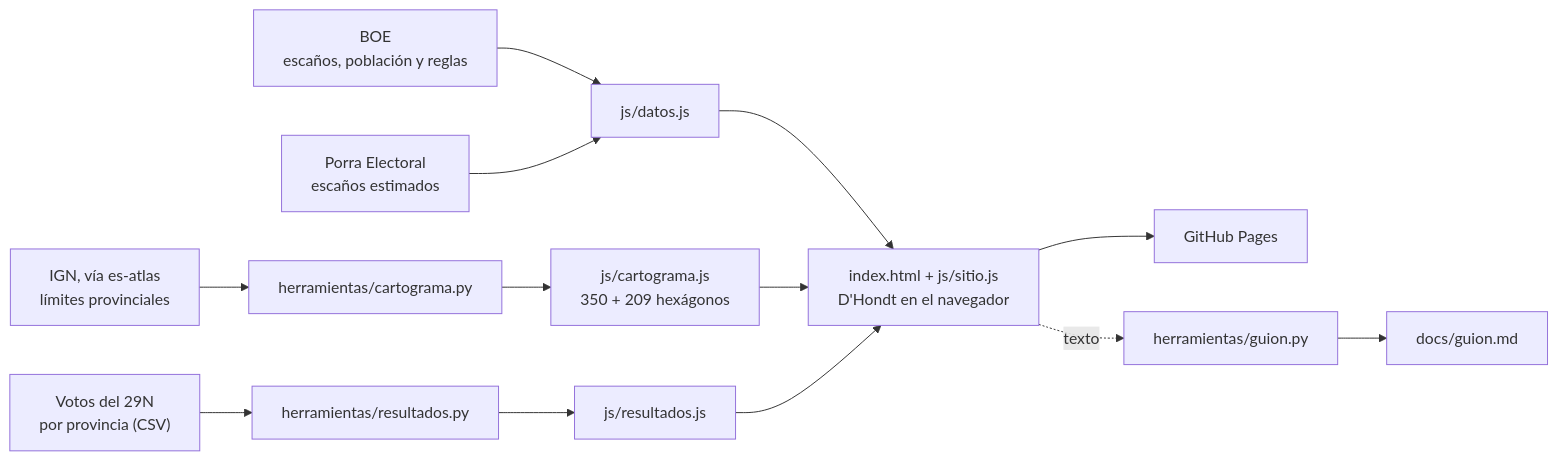
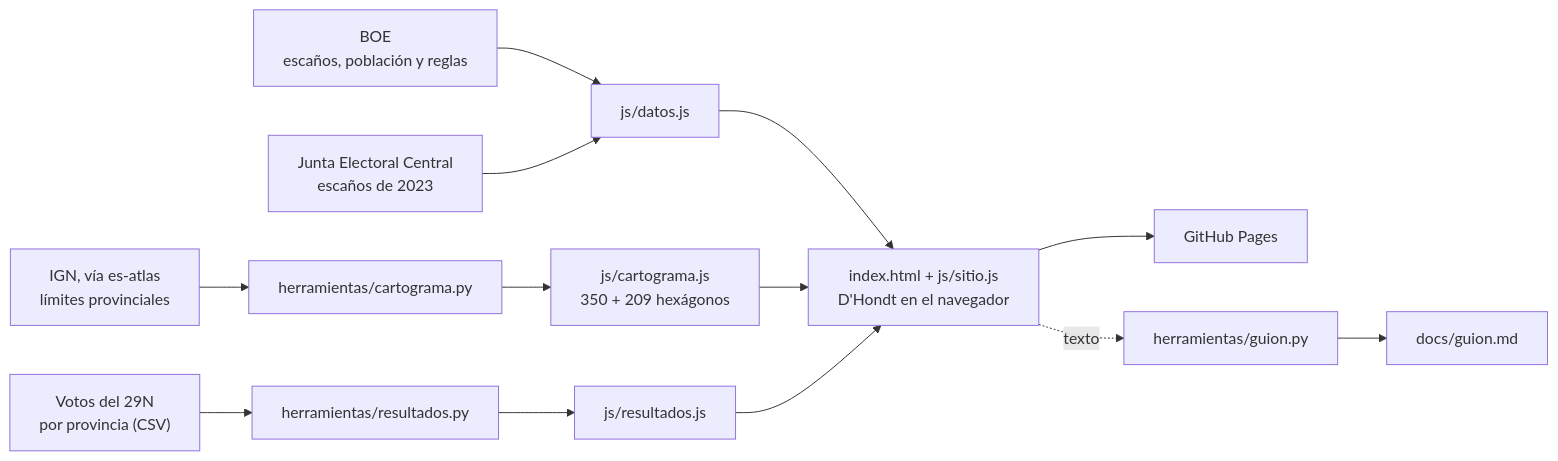
One commit to gastiaso/de-las-urnas-a-la-moncloa changed the diagram in README.md. Above: the diagram before and after it, drawn with Mermaid. The commit also changed other lines of this file and 6 other files, not shown here.

````diff
--- a/README.md
+++ b/README.md
@@ -61,15 +61,15 @@
 ```mermaid
 flowchart LR
   A["BOE<br/>escaños, población y reglas"] --> D["js/datos.js"]
-  B["Porra Electoral<br/>escaños estimados"] --> D
+  B["Junta Electoral Central<br/>escaños de 2023"] --> D
   C["IGN, vía es-atlas<br/>límites provinciales"] --> E["herramientas/cartograma.py"]
   E --> F["js/cartograma.js<br/>350 + 209 hexágonos"]
   G["Votos del 29N<br/>por provincia (CSV)"] --> H["herramientas/resultados.py"]
   H --> I["js/resultados.js"]
   D --> J["index.html + js/sitio.js<br/>D'Hondt en el navegador"]
   F --> J
   I --> J
   J --> K["GitHub Pages"]
   J -. texto .-> L["herramientas/guion.py"]
   L --> M["docs/guion.md"]
 ```
````
